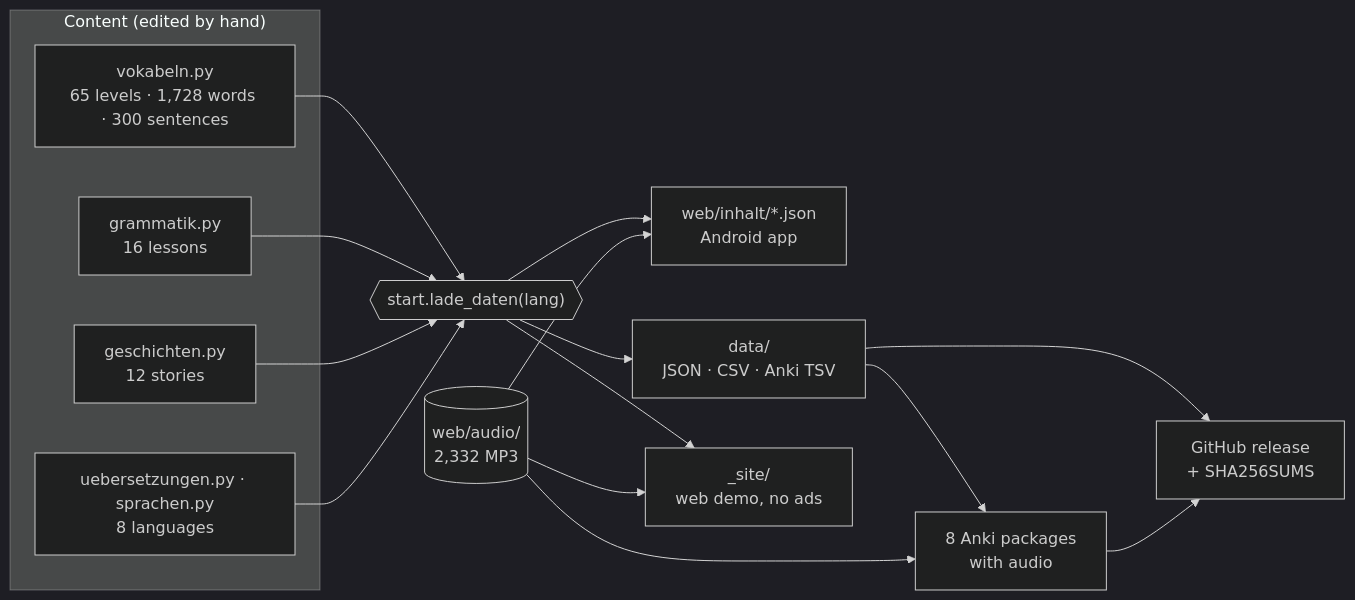
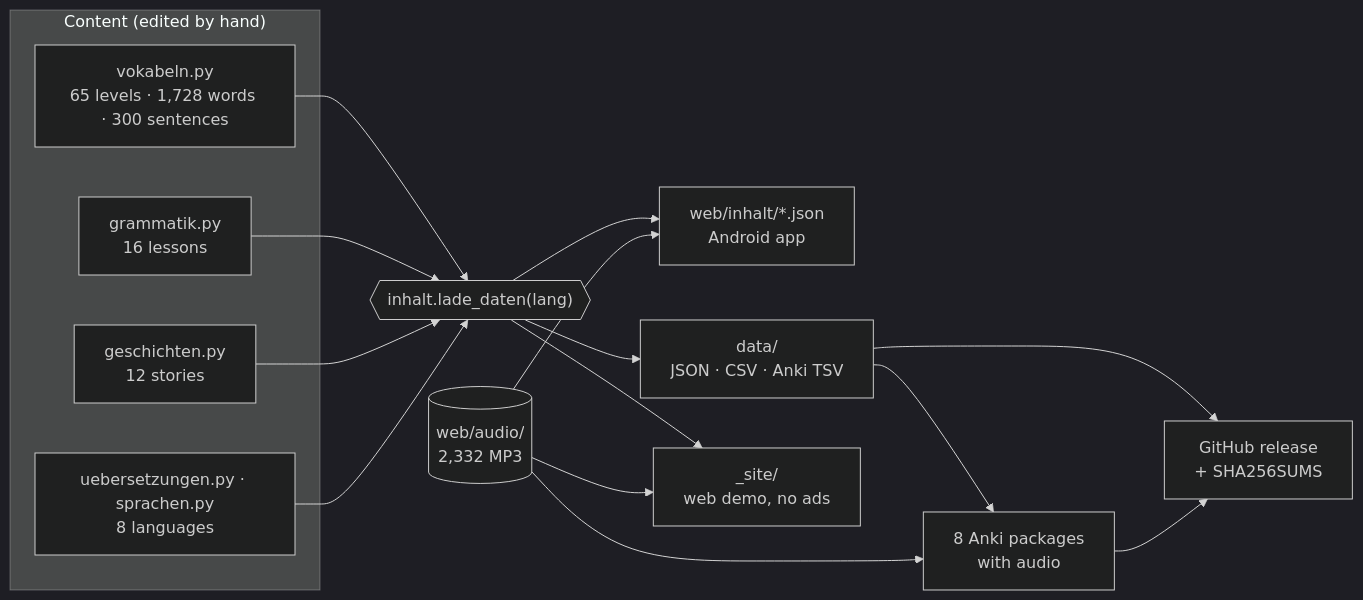
Before and after one commit to zmaj-lernapp/zmaj: the first of 2 diagrams in README.md, drawn with Mermaid (dark theme). The commit also changed other lines of this file and 17 other files, not shown here.

````diff
--- a/README.md
+++ b/README.md
@@ -116,19 +116,19 @@
 ```mermaid
 flowchart LR
   subgraph src["Content (edited by hand)"]
     V["vokabeln.py<br/>65 levels · 1,728 words · 300 sentences"]
     G["grammatik.py<br/>16 lessons"]
     S["geschichten.py<br/>12 stories"]
     U["uebersetzungen.py · sprachen.py<br/>8 languages"]
   end
-  L{{"start.lade_daten(lang)"}}
+  L{{"inhalt.lade_daten(lang)"}}
   V & G & S & U --> L
   A[("web/audio/<br/>2,332 MP3")]
   L --> APP["web/inhalt/*.json<br/>Android app"]
   L --> DS["data/<br/>JSON · CSV · Anki TSV"]
   L --> DEMO["_site/<br/>web demo, no ads"]
   DS --> ANKI["8 Anki packages<br/>with audio"]
   A --> APP & DEMO & ANKI
   DS --> REL["GitHub release<br/>+ SHA256SUMS"]
   ANKI --> REL
 ```
````
